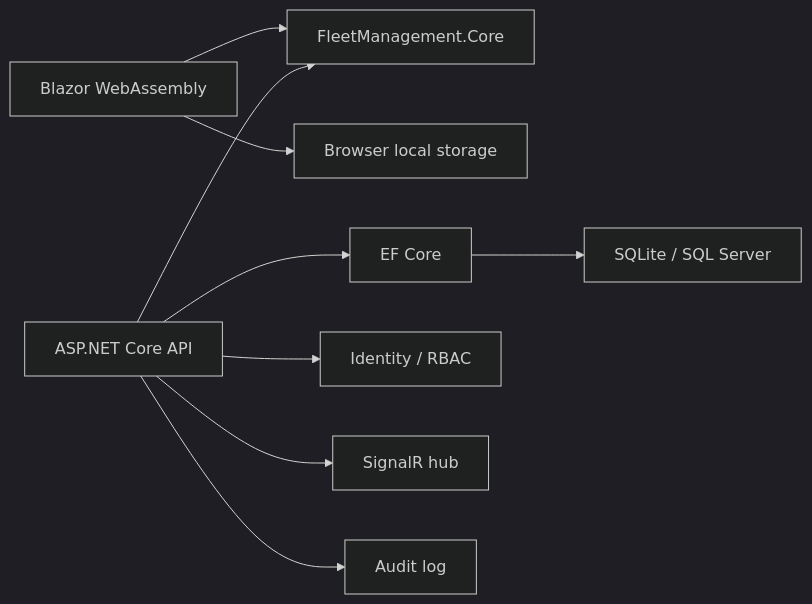
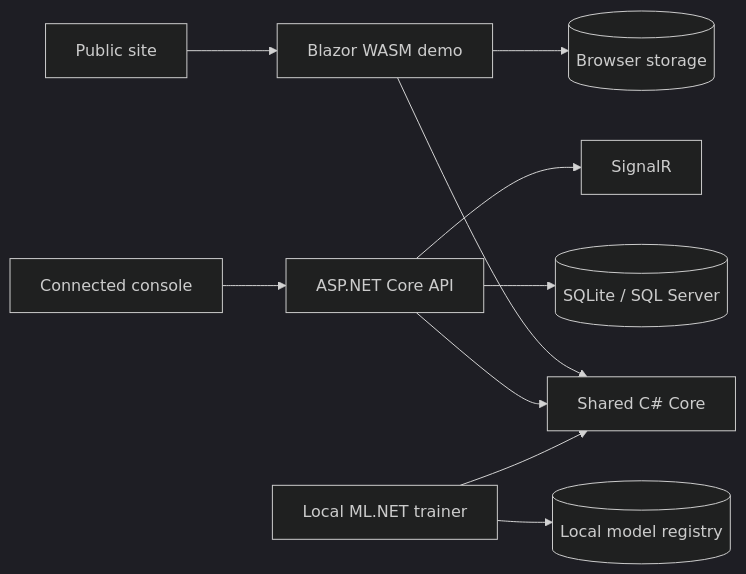
One commit to ViolettaNcl/FleetManagement changed the diagram in README.md. Above: the diagram before and after it, drawn with Mermaid (dark theme). The commit also changed other lines of this file and 24 other files, not shown here.

````diff
--- a/README.md
+++ b/README.md
@@ -104,11 +39,12 @@
-```mermaid
+~~~mermaid
 flowchart LR
-    B["Blazor WebAssembly"] --> C["FleetManagement.Core"]
-    A["ASP.NET Core API"] --> C
-    B --> L["Browser local storage"]
-    A --> E["EF Core"]
-    E --> S["SQLite / SQL Server"]
-    A --> I["Identity / RBAC"]
-    A --> H["SignalR hub"]
-    A --> D["Audit log"]
-```
+  P[Public site] --> W[Blazor WASM demo]
+  W --> C[Shared C# Core]
+  W --> L[(Browser storage)]
+  U[Connected console] --> A[ASP.NET Core API]
+  A --> C
+  A --> D[(SQLite / SQL Server)]
+  A --> H[SignalR]
+  M[Local ML.NET trainer] --> C
+  M --> R[(Local model registry)]
+~~~
````
